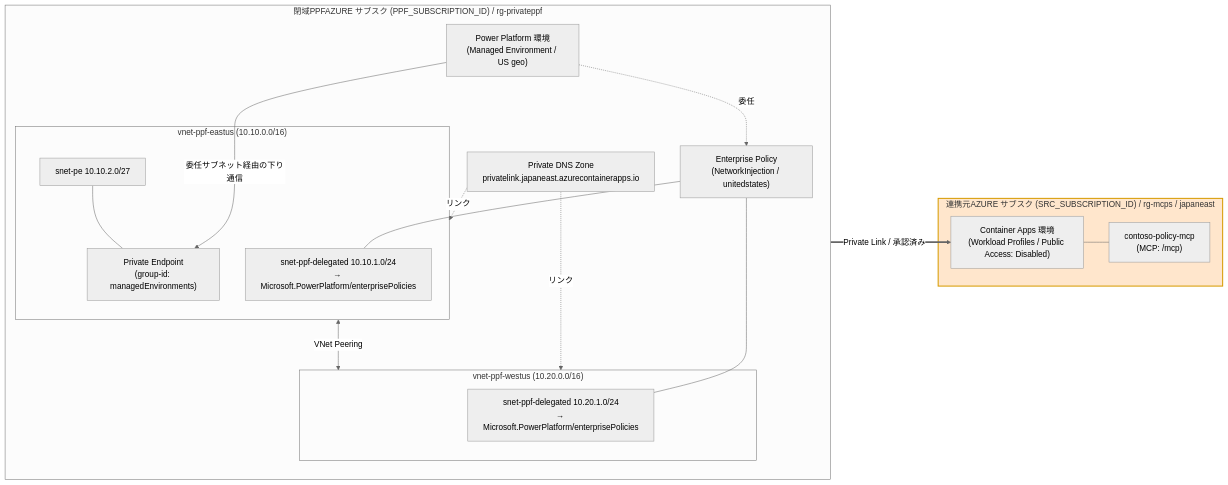
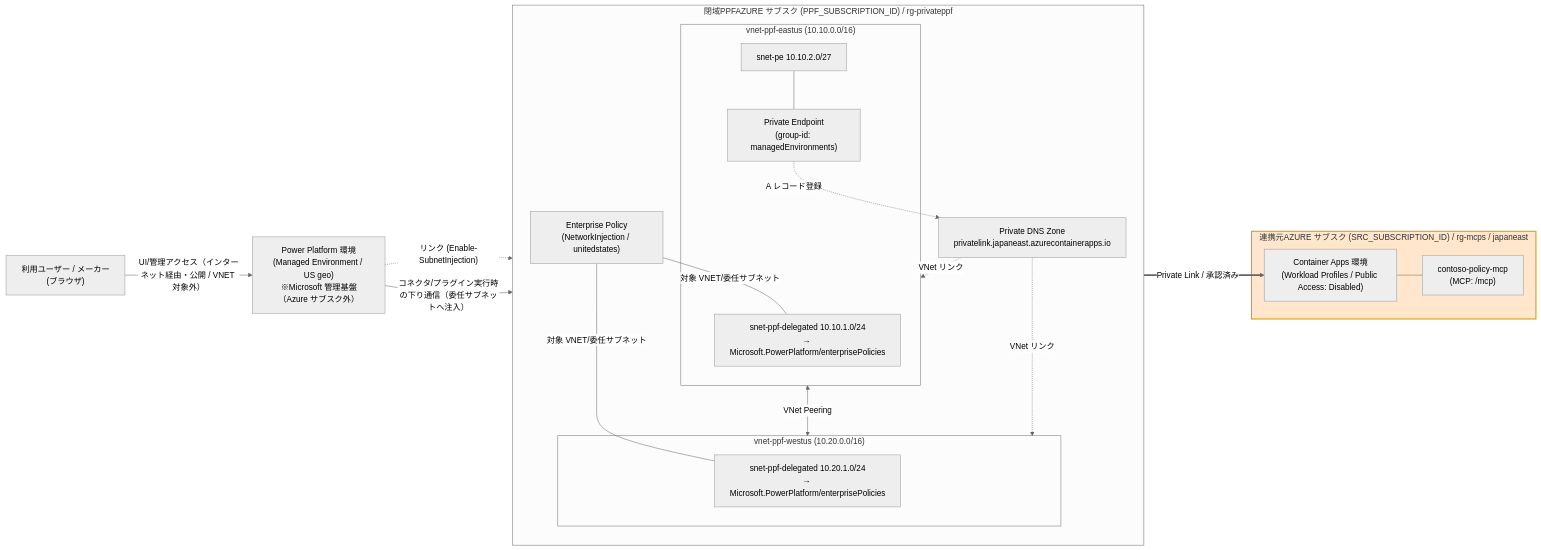
The diagram in README.md (ketana0224/private-PPF_Azure), drawn with Mermaid (neutral theme) before and after one commit. The commit also changed other lines of this file and 3 other files, not shown here.

Commit message:
Add PowerPoint link in README, update gitignore and architecture assets

````diff
--- a/README.md
+++ b/README.md
@@ -93,36 +101,40 @@
 ```mermaid
 flowchart LR
+    USER["利用ユーザー / メーカー<br/>(ブラウザ)"]
+    PPENV["Power Platform 環境<br/>(Managed Environment / US geo)<br/>※Microsoft 管理基盤（Azure サブスク外）"]
+
     subgraph PPF["閉域PPFAZURE サブスク (PPF_SUBSCRIPTION_ID) / rg-privateppf"]
         direction TB
-        PPENV["Power Platform 環境<br/>(Managed Environment / US geo)"]
         EP["Enterprise Policy<br/>(NetworkInjection / unitedstates)"]
         subgraph VNE["vnet-ppf-eastus (10.10.0.0/16)"]
             DELE["snet-ppf-delegated 10.10.1.0/24<br/>→ Microsoft.PowerPlatform/enterprisePolicies"]
             PESN["snet-pe 10.10.2.0/27"]
             PE["Private Endpoint<br/>(group-id: managedEnvironments)"]
         end
         subgraph VNW["vnet-ppf-westus (10.20.0.0/16)"]
             DELW["snet-ppf-delegated 10.20.1.0/24<br/>→ Microsoft.PowerPlatform/enterprisePolicies"]
         end
         PDNS["Private DNS Zone<br/>privatelink.japaneast.azurecontainerapps.io"]
     end
 
     subgraph SRC["連携元AZURE サブスク (SRC_SUBSCRIPTION_ID) / rg-mcps / japaneast"]
         ACAENV["Container Apps 環境<br/>(Workload Profiles / Public Access: Disabled)"]
         ACAAPP["contoso-policy-mcp<br/>(MCP: /mcp)"]
     end
 
-    PPENV -. 委任 .-> EP
-    EP --- DELE
-    EP --- DELW
+    USER -->|"UI/管理アクセス（インターネット経由・公開 / VNET 対象外）"| PPENV
+    PPENV -. リンク (Enable-SubnetInjection) .-> EP
+    EP ---|対象 VNET/委任サブネット| DELE
+    EP ---|対象 VNET/委任サブネット| DELW
     PESN --- PE
     PE ==>|Private Link / 承認済み| ACAENV
     ACAENV --- ACAAPP
     VNE <-->|VNet Peering| VNW
-    PDNS -.リンク.-> VNE
-    PDNS -.リンク.-> VNW
-    PPENV -->|委任サブネット経由の下り通信| PE
+    PE -.A レコード登録.-> PDNS
+    PDNS -.VNet リンク.-> VNE
+    PDNS -.VNet リンク.-> VNW
+    PPENV -->|コネクタ/プラグイン実行時の下り通信（委任サブネットへ注入）| PE
 
     classDef srcBox fill:#ffe6cc,stroke:#d79b00,stroke-width:2px;
     class SRC srcBox;
 ```
````
